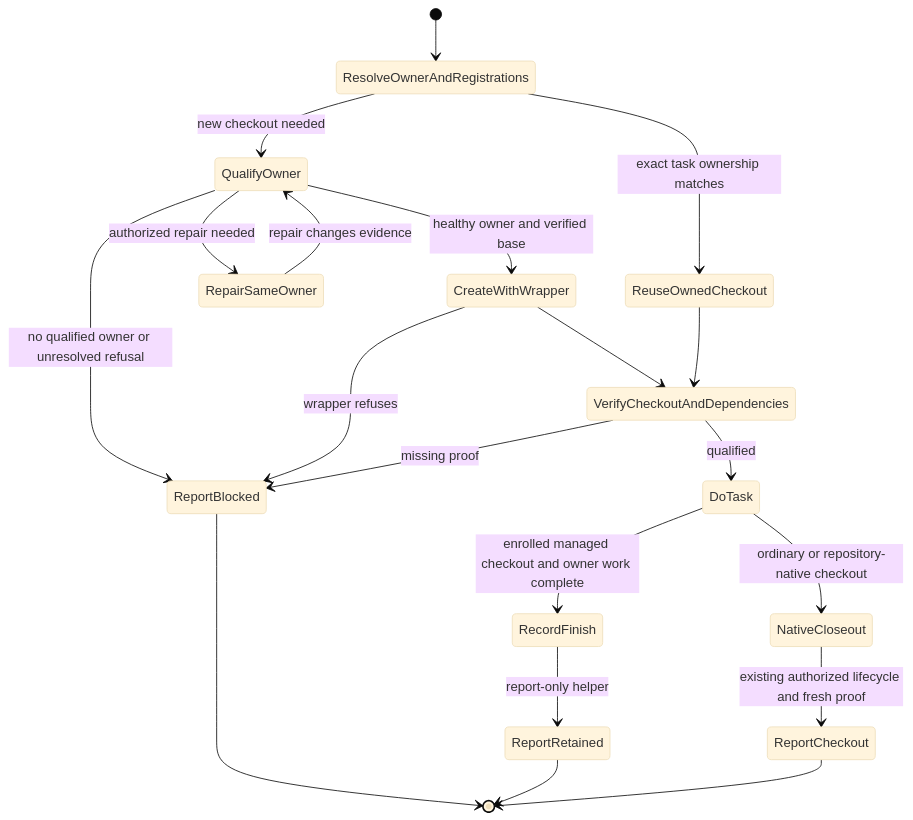
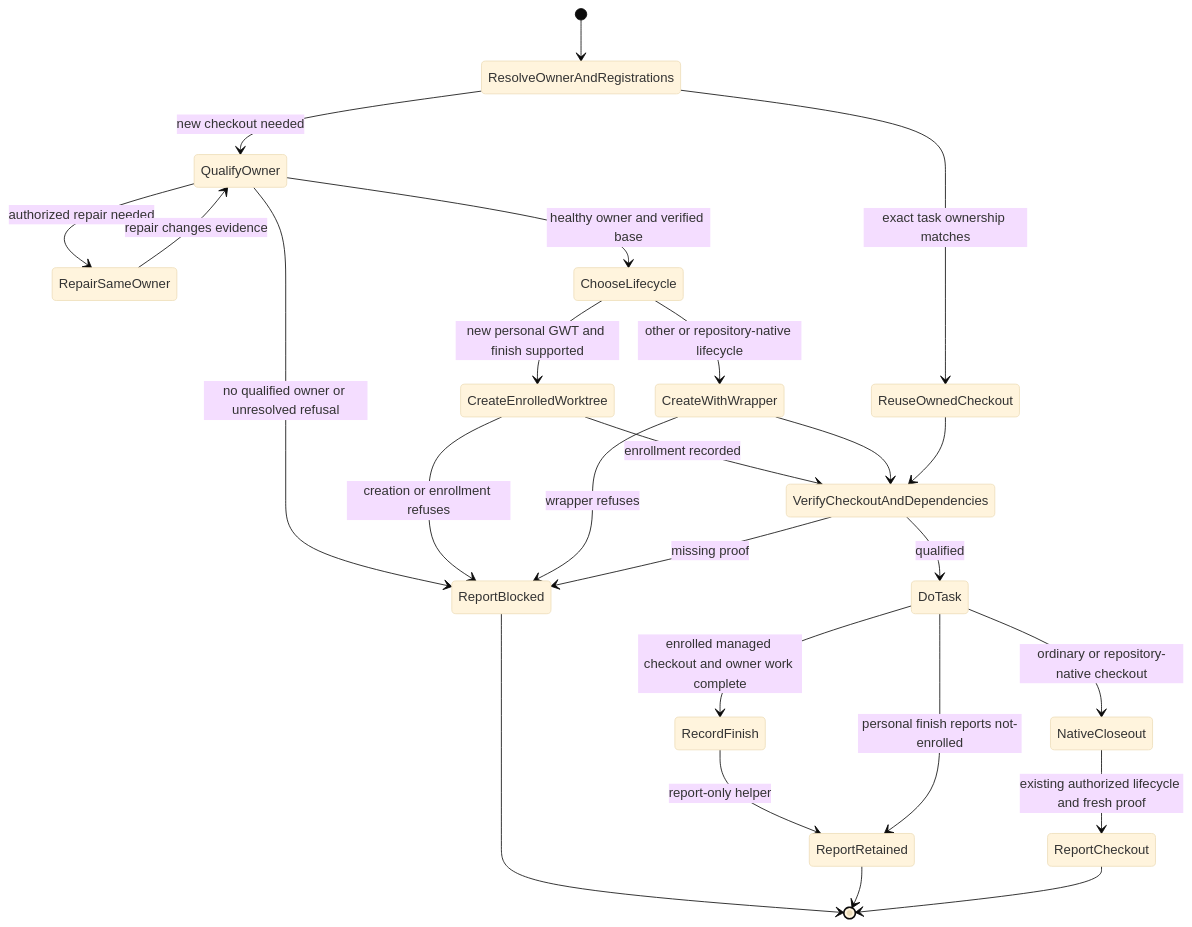
One commit to vincentkoc/dotskills changed the diagram in skills/operations-worktree/SKILL.md. Above: the diagram before and after it, drawn with Mermaid (base theme). The commit also changed other lines of this file, not shown here.

Commit message:
fix(worktree): enroll personal tasks for finish at creation (#59)

````diff
--- a/skills/operations-worktree/SKILL.md
+++ b/skills/operations-worktree/SKILL.md
@@ -118,22 +125,27 @@
 ```mermaid
 stateDiagram-v2
     [*] --> ResolveOwnerAndRegistrations
     ResolveOwnerAndRegistrations --> ReuseOwnedCheckout: exact task ownership matches
     ResolveOwnerAndRegistrations --> QualifyOwner: new checkout needed
     QualifyOwner --> RepairSameOwner: authorized repair needed
     RepairSameOwner --> QualifyOwner: repair changes evidence
     QualifyOwner --> ReportBlocked: no qualified owner or unresolved refusal
-    QualifyOwner --> CreateWithWrapper: healthy owner and verified base
+    QualifyOwner --> ChooseLifecycle: healthy owner and verified base
+    ChooseLifecycle --> CreateEnrolledWorktree: new personal GWT and finish supported
+    ChooseLifecycle --> CreateWithWrapper: other or repository-native lifecycle
+    CreateEnrolledWorktree --> VerifyCheckoutAndDependencies: enrollment recorded
+    CreateEnrolledWorktree --> ReportBlocked: creation or enrollment refuses
     CreateWithWrapper --> VerifyCheckoutAndDependencies
     CreateWithWrapper --> ReportBlocked: wrapper refuses
     ReuseOwnedCheckout --> VerifyCheckoutAndDependencies
     VerifyCheckoutAndDependencies --> DoTask: qualified
     VerifyCheckoutAndDependencies --> ReportBlocked: missing proof
     DoTask --> RecordFinish: enrolled managed checkout and owner work complete
     RecordFinish --> ReportRetained: report-only helper
+    DoTask --> ReportRetained: personal finish reports not-enrolled
     DoTask --> NativeCloseout: ordinary or repository-native checkout
     NativeCloseout --> ReportCheckout: existing authorized lifecycle and fresh proof
     ReportBlocked --> [*]
     ReportRetained --> [*]
     ReportCheckout --> [*]
 ```
````
